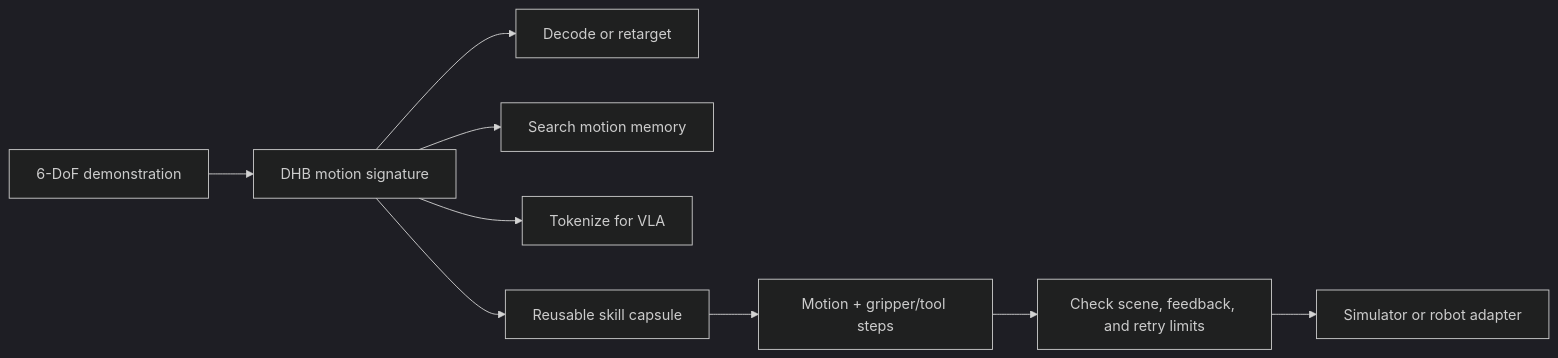
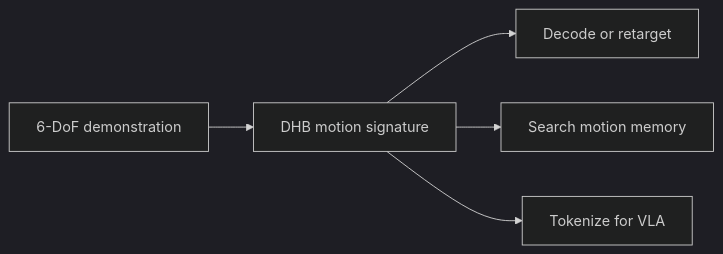
One commit to robodreamer/dhb-xr changed the diagram in docs/index.md. Above: the diagram before and after it, drawn with Mermaid (dark theme). The commit also changed other lines of this file and 13 other files, not shown here.

````diff
--- a/docs/index.md
+++ b/docs/index.md
@@ -32,11 +32,7 @@
 ```mermaid
 flowchart LR
     A[6-DoF demonstration] --> B[DHB motion signature]
     B --> C[Decode or retarget]
     B --> D[Search motion memory]
     B --> E[Tokenize for VLA]
-    B --> F[Reusable skill capsule]
-    F --> G[Motion + gripper/tool steps]
-    G --> H[Check scene, feedback, and retry limits]
-    H --> I[Simulator or robot adapter]
 ```
````
